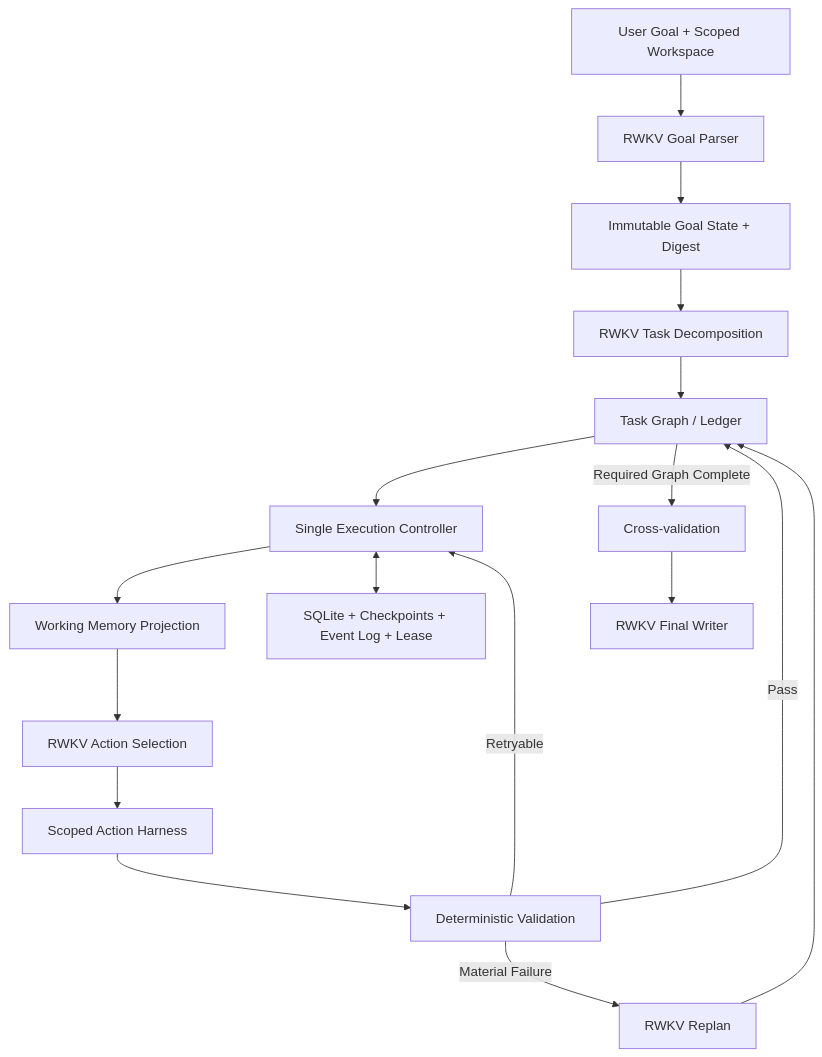
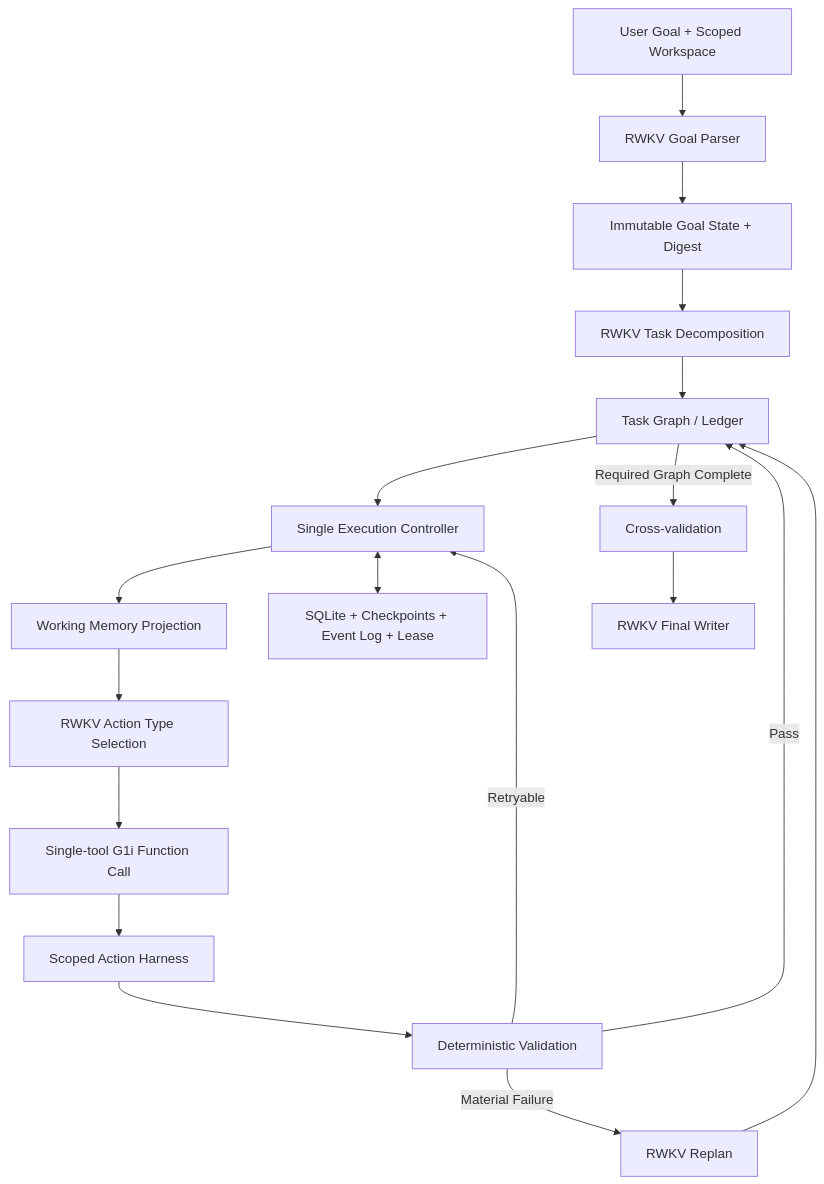
The first of 2 diagrams in docs/LONG_HORIZON_AGENT_DESIGN.zh-CN.md (rwkv-rs/RWKV-LH), drawn with Mermaid before and after one commit. The commit also changed other lines of this file and 659 other files, not shown here.

````diff
--- a/docs/LONG_HORIZON_AGENT_DESIGN.zh-CN.md
+++ b/docs/LONG_HORIZON_AGENT_DESIGN.zh-CN.md
@@ -20,19 +20,20 @@
 ```mermaid
 flowchart TD
     Q["User Goal + Scoped Workspace"] --> GP["RWKV Goal Parser"]
     GP --> G["Immutable Goal State + Digest"]
     G --> PL["RWKV Task Decomposition"]
     PL --> TG["Task Graph / Ledger"]
     TG --> EC["Single Execution Controller"]
     EC --> WM["Working Memory Projection"]
-    WM --> AS["RWKV Action Selection"]
-    AS --> AH["Scoped Action Harness"]
+    WM --> AS["RWKV Action Type Selection"]
+    AS --> G1["Single-tool G1i Function Call"]
+    G1 --> AH["Scoped Action Harness"]
     AH --> DV["Deterministic Validation"]
     DV -->|"Pass"| TG
     DV -->|"Retryable"| EC
     DV -->|"Material Failure"| RP["RWKV Replan"]
     RP --> TG
     TG -->|"Required Graph Complete"| CV["Cross-validation"]
     CV --> FW["RWKV Final Writer"]
     EC <--> DB["SQLite + Checkpoints + Event Log + Lease"]
 ```
````
